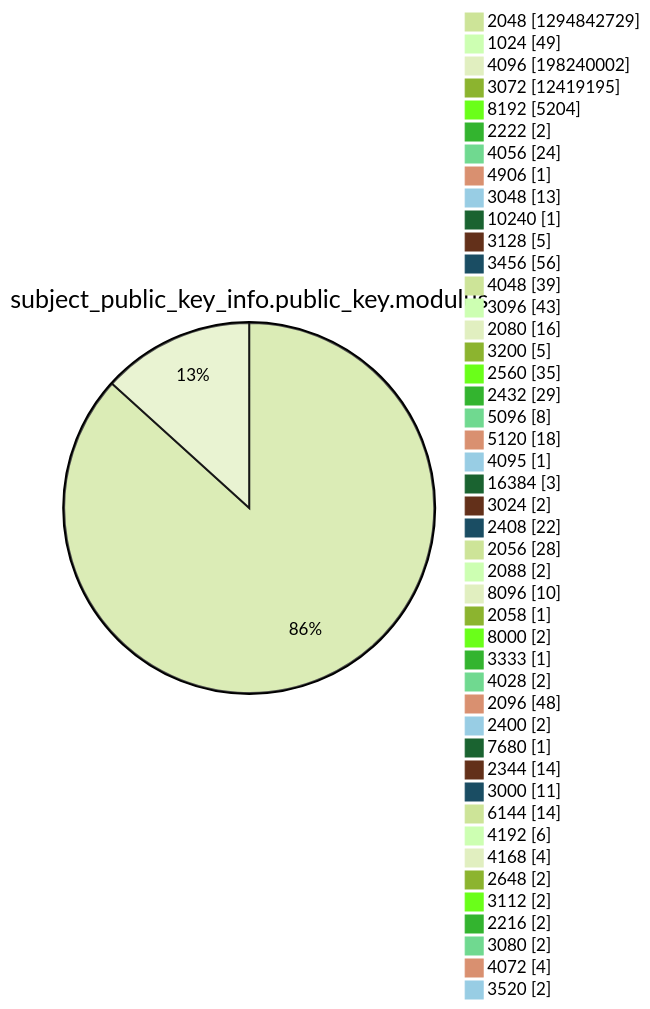
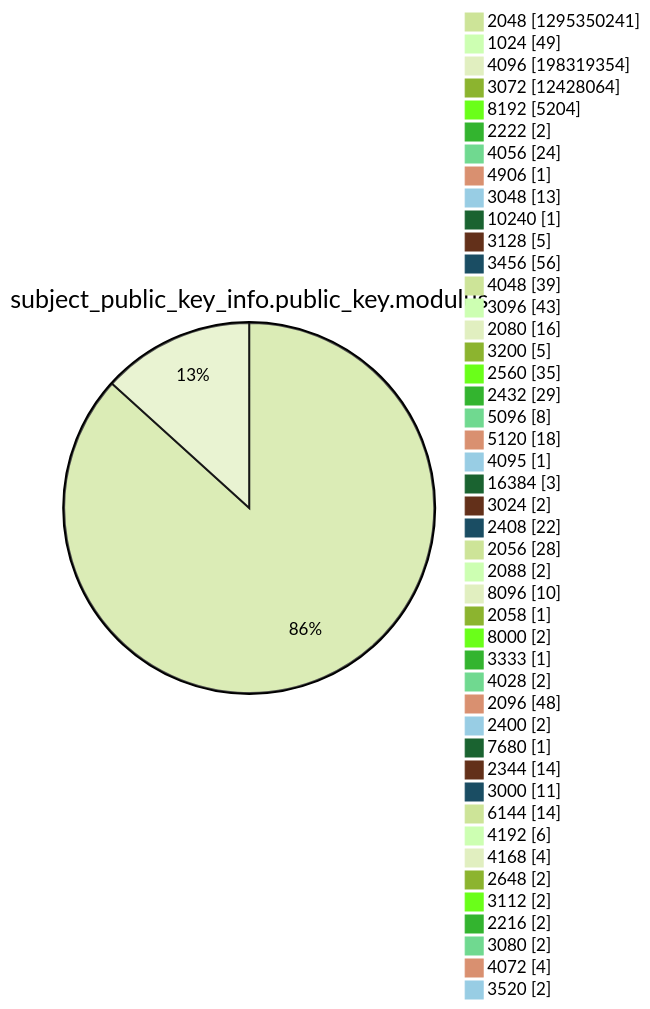
Before and after one commit to christiankrug/ctmonitor_visualization: diagram 13 of 15 in xenon2022/README.md, drawn with Mermaid (forest theme). The commit also changed other lines of this file, not shown here.

````diff
--- a/xenon2022/README.md
+++ b/xenon2022/README.md
@@ -3921,49 +3921,49 @@
 ```mermaid
 pie showData
 title subject_public_key_info.public_key.modulus
-"2048" :1294842729
+"2048" :1295350241
 "1024" :49
-"4096" :198240002
-"3072" :12419195
+"4096" :198319354
+"3072" :12428064
 "8192" :5204
 "2222" :2
 "4056" :24
 "4906" :1
 "3048" :13
 "10240" :1
 "3128" :5
 "3456" :56
 "4048" :39
 "3096" :43
 "2080" :16
 "3200" :5
 "2560" :35
 "2432" :29
 "5096" :8
 "5120" :18
 "4095" :1
 "16384" :3
 "3024" :2
 "2408" :22
 "2056" :28
 "2088" :2
 "8096" :10
 "2058" :1
 "8000" :2
 "3333" :1
 "4028" :2
 "2096" :48
 "2400" :2
 "7680" :1
 "2344" :14
 "3000" :11
 "6144" :14
 "4192" :6
 "4168" :4
 "2648" :2
 "3112" :2
 "2216" :2
 "3080" :2
 "4072" :4
 "3520" :2
 ```
````
